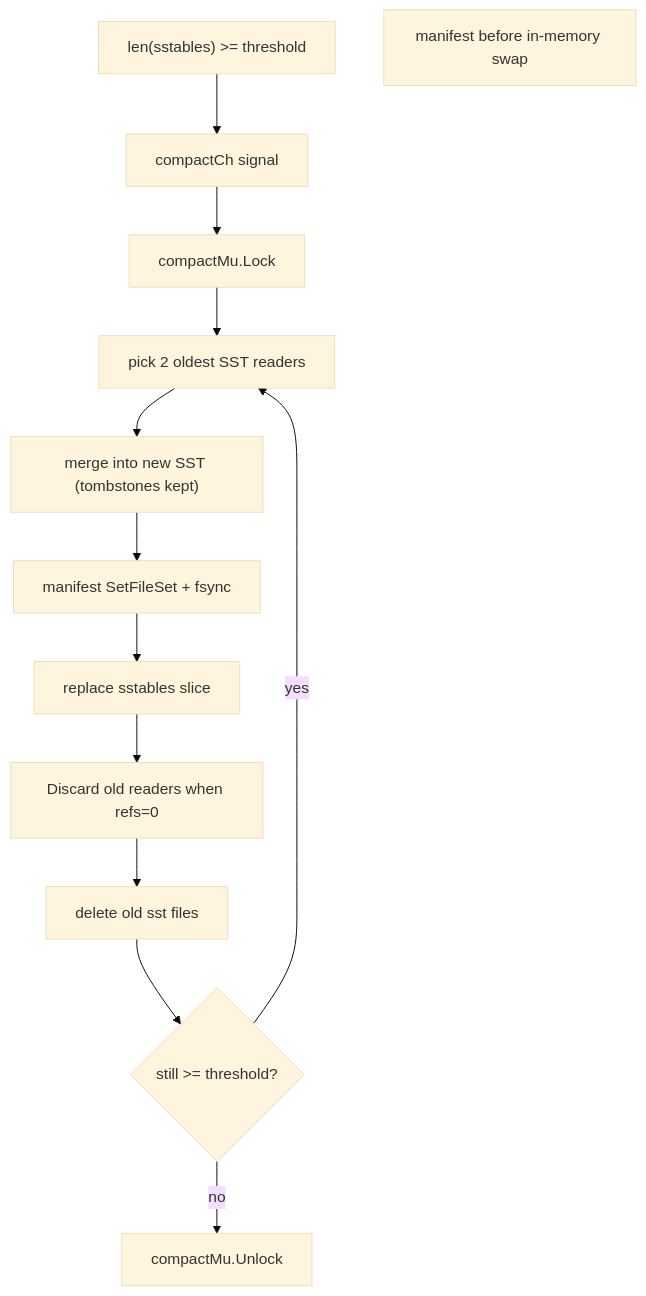
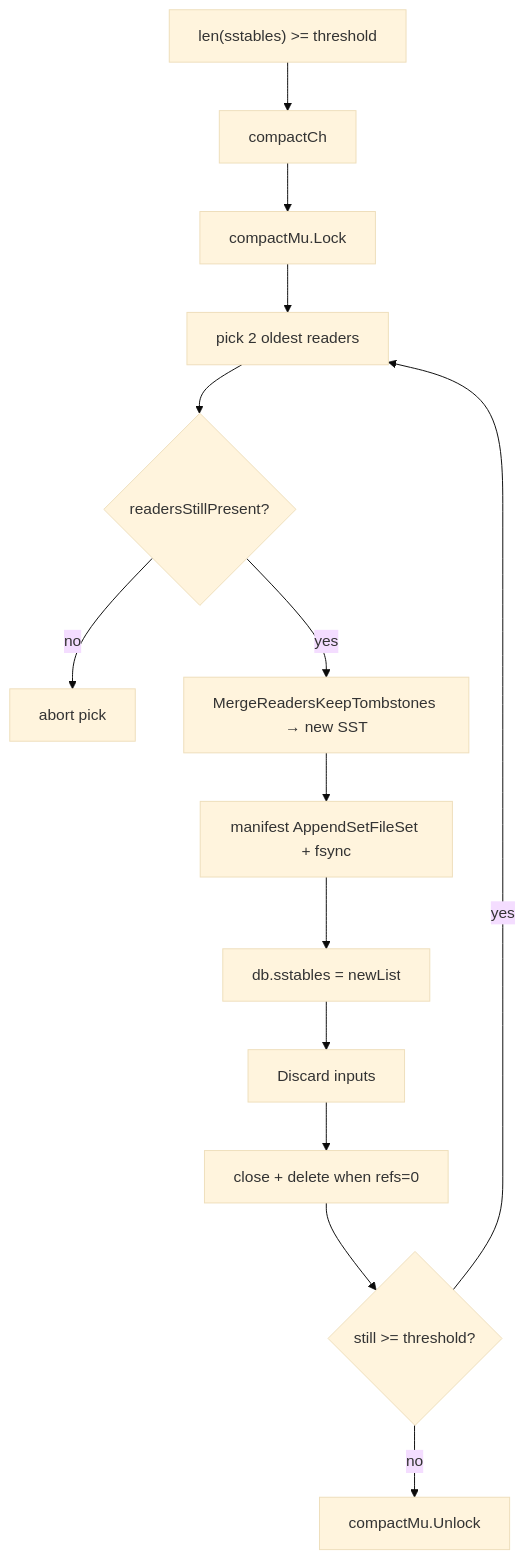
The first of 3 diagrams in docs/architecture/COMPACTION.md (RUDRA-PRATAP-SINGH01/PebbleDB), drawn with Mermaid (base theme) before and after one commit. The commit also changed other lines of this file and 19 other files, not shown here.

````diff
--- a/docs/architecture/COMPACTION.md
+++ b/docs/architecture/COMPACTION.md
@@ -7,15 +52,16 @@
 ```mermaid
 flowchart TD
-    T["len(sstables) >= threshold"] --> SIGNAL["compactCh signal"]
+    T["len(sstables) >= threshold"] --> SIGNAL["compactCh"]
     SIGNAL --> LOCK["compactMu.Lock"]
-    LOCK --> PICK["pick 2 oldest SST readers"]
-    PICK --> MERGE["merge into new SST (tombstones kept)"]
-    MERGE --> MAN["manifest SetFileSet + fsync"]
-    Note1["manifest before in-memory swap"]
-    MAN --> SWAP["replace sstables slice"]
-    SWAP --> DISCARD["Discard old readers when refs=0"]
-    DISCARD --> DEL["delete old sst files"]
+    LOCK --> PICK["pick 2 oldest readers"]
+    PICK --> CHECK{"readersStillPresent?"}
+    CHECK -->|no| ABORT["abort pick"]
+    CHECK -->|yes| MERGE["MergeReadersKeepTombstones → new SST"]
+    MERGE --> MAN["manifest AppendSetFileSet + fsync"]
+    MAN --> SWAP["db.sstables = newList"]
+    SWAP --> DISCARD["Discard inputs"]
+    DISCARD --> DEL["close + delete when refs=0"]
     DEL --> MORE{"still >= threshold?"}
     MORE -->|yes| PICK
     MORE -->|no| UNLOCK["compactMu.Unlock"]
 ```
````
